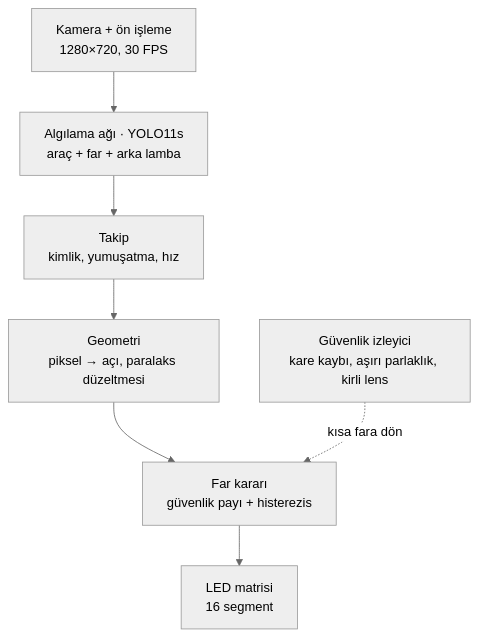
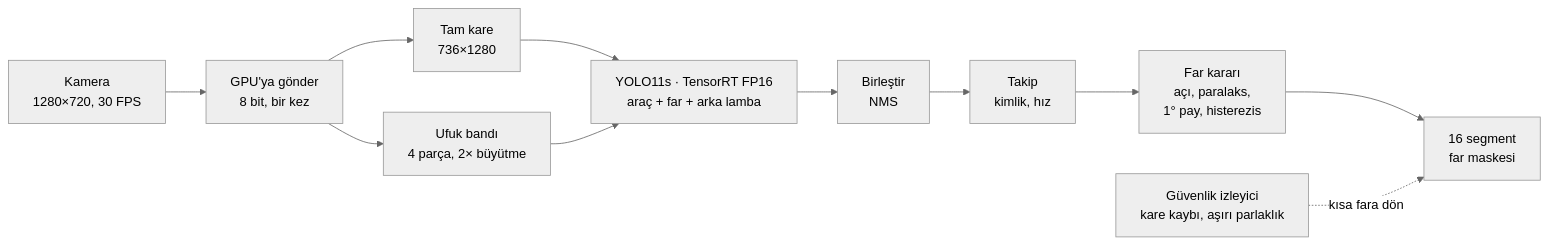
Before and after one commit to efsunboz16/adb-night-perception: the diagram in README.md, drawn with Mermaid (neutral theme). The commit also changed other lines of this file and 17 other files, not shown here.

````diff
--- a/README.md
+++ b/README.md
@@ -40,9 +62,13 @@
 ```mermaid
-flowchart TD
-    CAM[Kamera + ön işleme<br/>1280×720, 30 FPS] --> DET[Algılama ağı · YOLO11s<br/>araç + far + arka lamba]
-    DET --> TRK[Takip<br/>kimlik, yumuşatma, hız]
-    TRK --> GEO[Geometri<br/>piksel → açı, paralaks düzeltmesi]
-    GEO --> DEC[Far kararı<br/>güvenlik payı + histerezis]
-    DEC --> LED[LED matrisi<br/>16 segment]
-    MON[Güvenlik izleyici<br/>kare kaybı, aşırı parlaklık, kirli lens] -.kısa fara dön.-> DEC
+flowchart LR
+    CAM["Kamera<br/>1280×720, 30 FPS"] --> UP["GPU'ya gönder<br/>8 bit, bir kez"]
+    UP --> FULL["Tam kare<br/>736×1280"]
+    UP --> BAND["Ufuk bandı<br/>4 parça, 2× büyütme"]
+    FULL --> TRT["YOLO11s · TensorRT FP16<br/>araç + far + arka lamba"]
+    BAND --> TRT
+    TRT --> MRG["Birleştir<br/>NMS"]
+    MRG --> TRK["Takip<br/>kimlik, hız"]
+    TRK --> DEC["Far kararı<br/>açı, paralaks,<br/>1° pay, histerezis"]
+    DEC --> LED["16 segment<br/>far maskesi"]
+    MON["Güvenlik izleyici<br/>kare kaybı, aşırı parlaklık"] -. "kısa fara dön" .-> LED
 ```
````
